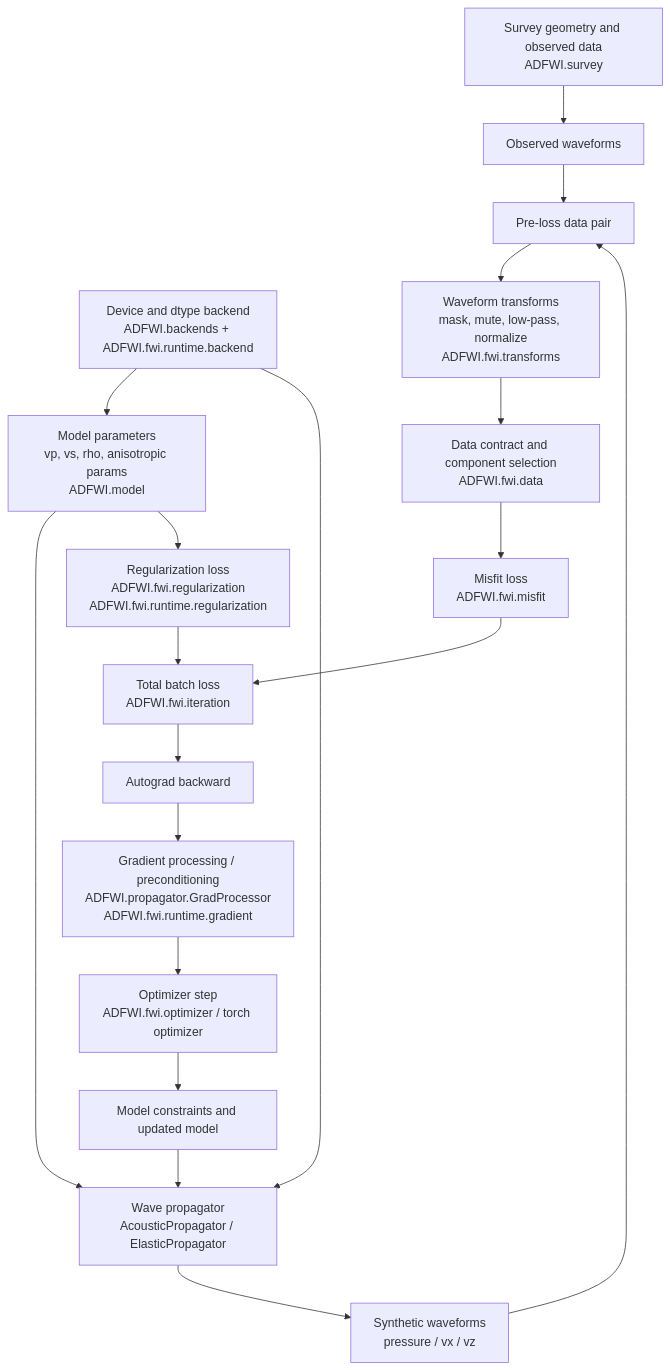
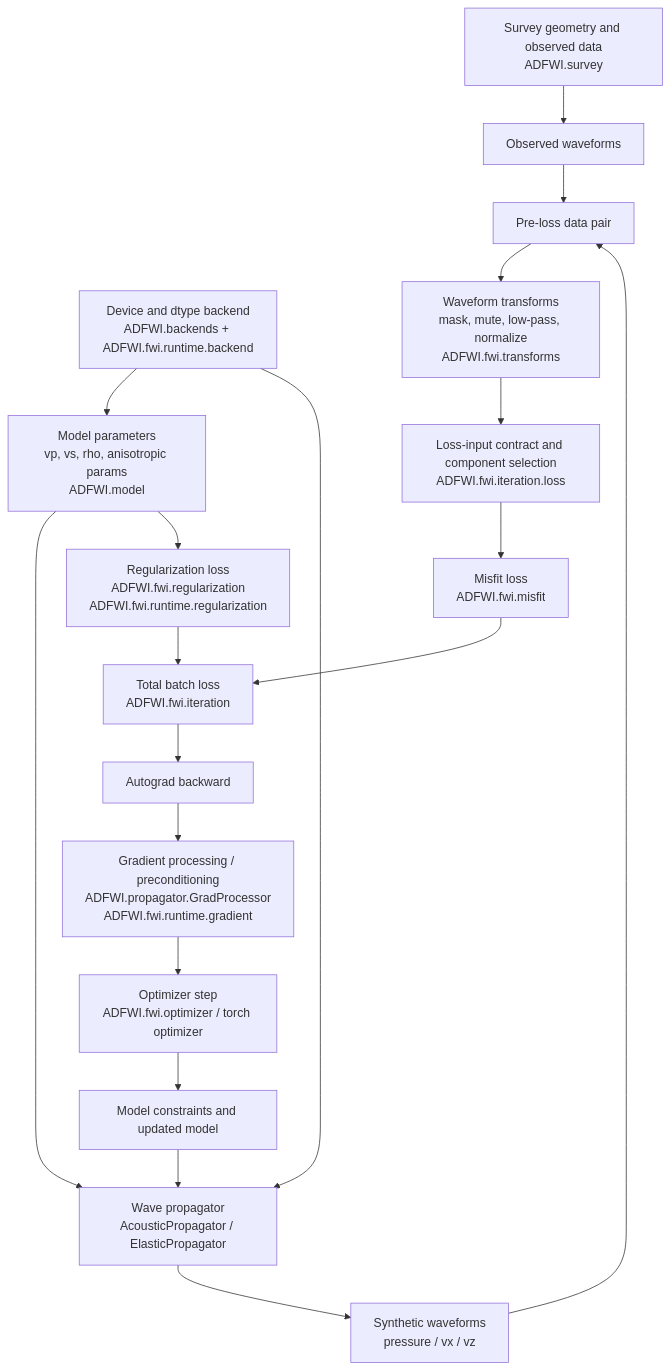
The diagram in docs/version-plans/bv1.2-fwi/33-fwi-module-map.md (liufeng2317/ADFWI), drawn with Mermaid before and after one commit. The commit also changed other lines of this file and 3 other files, not shown here.

````diff
--- a/docs/version-plans/bv1.2-fwi/33-fwi-module-map.md
+++ b/docs/version-plans/bv1.2-fwi/33-fwi-module-map.md
@@ -13,25 +13,25 @@
 ```mermaid
 flowchart TD
     Survey[Survey geometry and observed data\nADFWI.survey] --> Obs[Observed waveforms]
     Model[Model parameters\nvp, vs, rho, anisotropic params\nADFWI.model] --> Prop[Wave propagator\nAcousticPropagator / ElasticPropagator]
     Backend[Device and dtype backend\nADFWI.backends + ADFWI.fwi.runtime.backend] --> Model
     Backend --> Prop
 
     Prop --> Syn[Synthetic waveforms\npressure / vx / vz]
     Obs --> Pair[Pre-loss data pair]
     Syn --> Pair
 
     Pair --> Transforms[Waveform transforms\nmask, mute, low-pass, normalize\nADFWI.fwi.transforms]
-    Transforms --> Data[Data contract and component selection\nADFWI.fwi.data]
-    Data --> Misfit[Misfit loss\nADFWI.fwi.misfit]
+    Transforms --> LossInputs[Loss-input contract and component selection\nADFWI.fwi.iteration.loss]
+    LossInputs --> Misfit[Misfit loss\nADFWI.fwi.misfit]
 
     Model --> Reg[Regularization loss\nADFWI.fwi.regularization\nADFWI.fwi.runtime.regularization]
     Misfit --> Total[Total batch loss\nADFWI.fwi.iteration]
     Reg --> Total
 
     Total --> Backward[Autograd backward]
     Backward --> Grad[Gradient processing / preconditioning\nADFWI.propagator.GradProcessor\nADFWI.fwi.runtime.gradient]
     Grad --> Optim[Optimizer step\nADFWI.fwi.optimizer / torch optimizer]
     Optim --> ModelUpdate[Model constraints and updated model]
     ModelUpdate --> Prop
 ```
````
